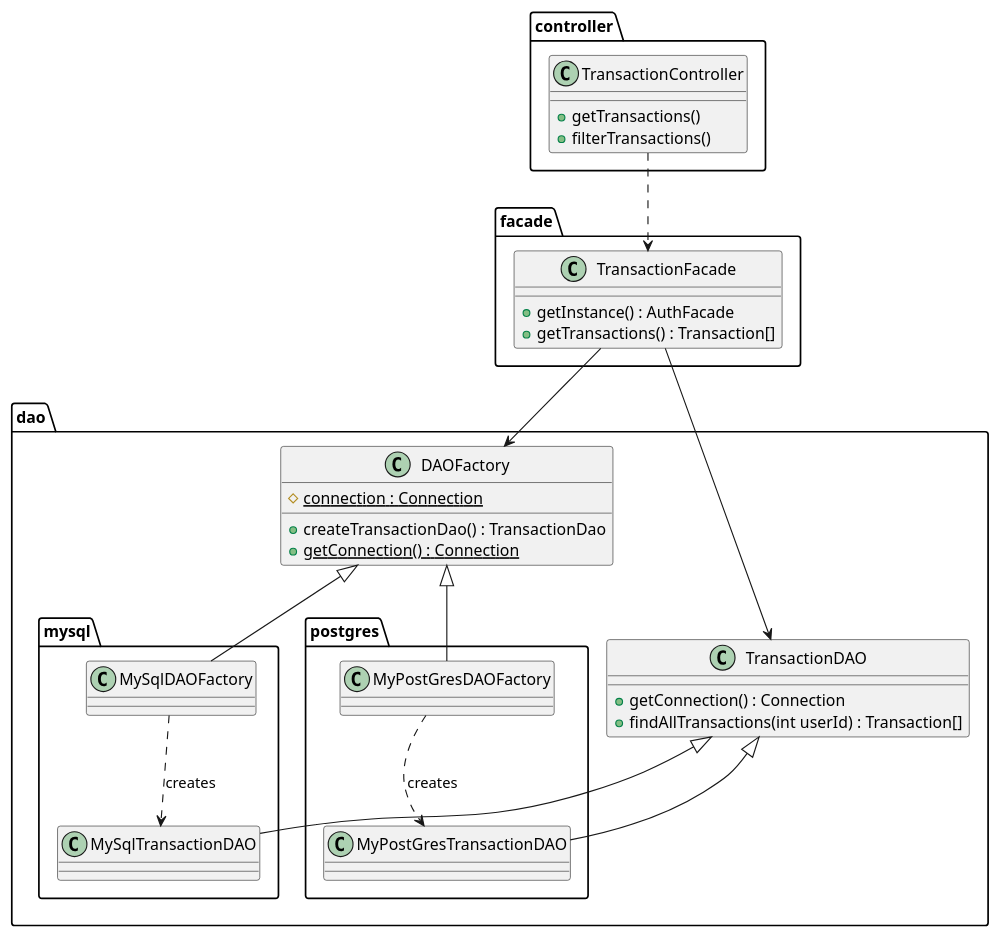
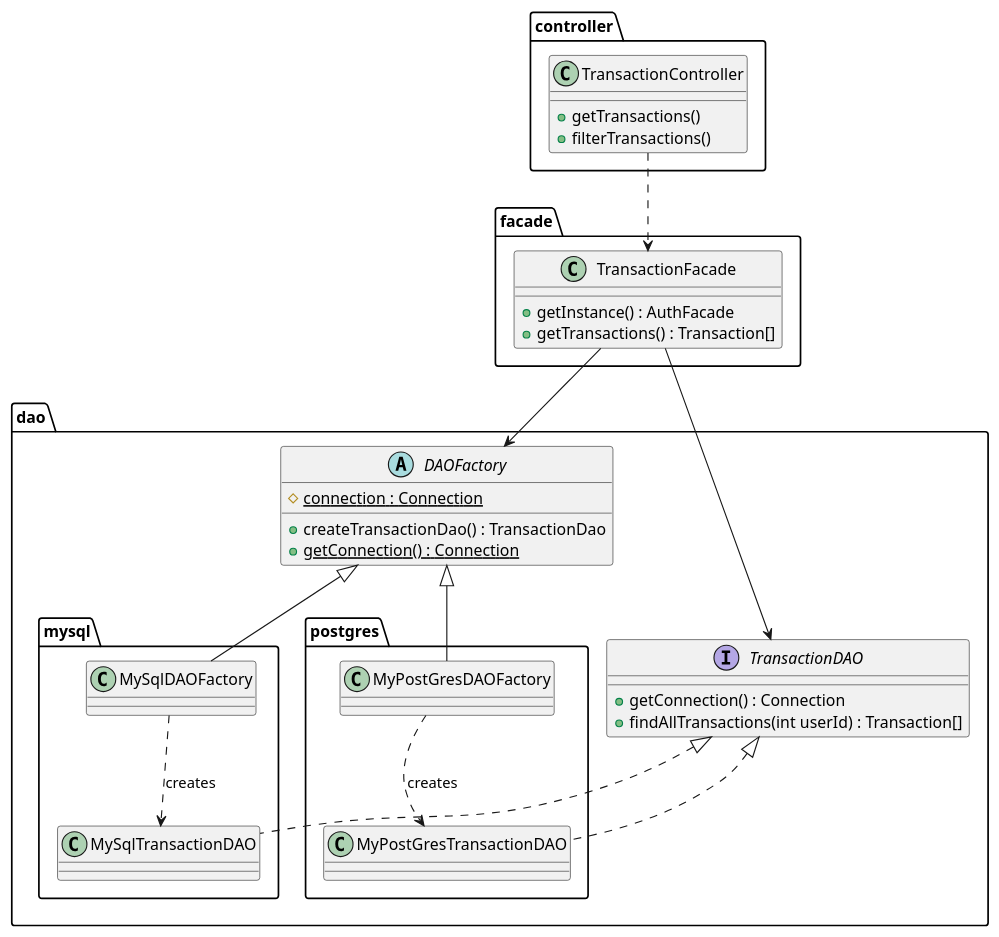
One commit to Julien-Wiegandt/SplitPay changed the diagram in documentation/software_design/get_transactions/get_transactions_class_diagram.puml. Above: the diagram before and after it, drawn with PlantUML. The commit also changed 28 other files, not shown here.

Commit message:
diagrams updated (DAO -> interface, DAOFactory -> abstract)...

```diff
--- a/documentation/software_design/get_transactions/get_transactions_class_diagram.puml
+++ b/documentation/software_design/get_transactions/get_transactions_class_diagram.puml
@@ -1,60 +1,60 @@
 @startuml get_transactions_class_diagram
 
 package controller <<Folder>> {
 
   class TransactionController {
     +getTransactions()
     +filterTransactions()
   }
 }
 
 package facade <<Folder>> {
   class TransactionFacade {
     +getInstance() : AuthFacade
     +getTransactions() : Transaction[]
   }
 
 }
 
 package dao <<Folder>> {
 
-  class DAOFactory {
+  abstract class DAOFactory {
     #{static}connection : Connection
     +createTransactionDao() : TransactionDao
     +{static}getConnection() : Connection
   }
 
   package mysql <<Folder>> {
     class MySqlDAOFactory {}
     class MySqlTransactionDAO {}
 
     MySqlDAOFactory .down.> MySqlTransactionDAO : creates
   }
 
   package postgres <<Folder>> {
     class MyPostGresDAOFactory {}
     class MyPostGresTransactionDAO {}
 
     MyPostGresDAOFactory .down.> MyPostGresTransactionDAO : creates
   }
 
 
-  class TransactionDAO {
+  interface TransactionDAO {
     +getConnection() : Connection
     +findAllTransactions(int userId) : Transaction[]
   }
 
   DAOFactory <|-- MySqlDAOFactory
   DAOFactory <|-- MyPostGresDAOFactory
-  TransactionDAO <|-- MyPostGresTransactionDAO
-  TransactionDAO <|-- MySqlTransactionDAO
+  TransactionDAO <|.. MyPostGresTransactionDAO
+  TransactionDAO <|.. MySqlTransactionDAO
 
 }
 
 TransactionController .down.> TransactionFacade
 
 TransactionFacade -down-> DAOFactory
 
 TransactionFacade --> TransactionDAO
 
 @enduml
```
